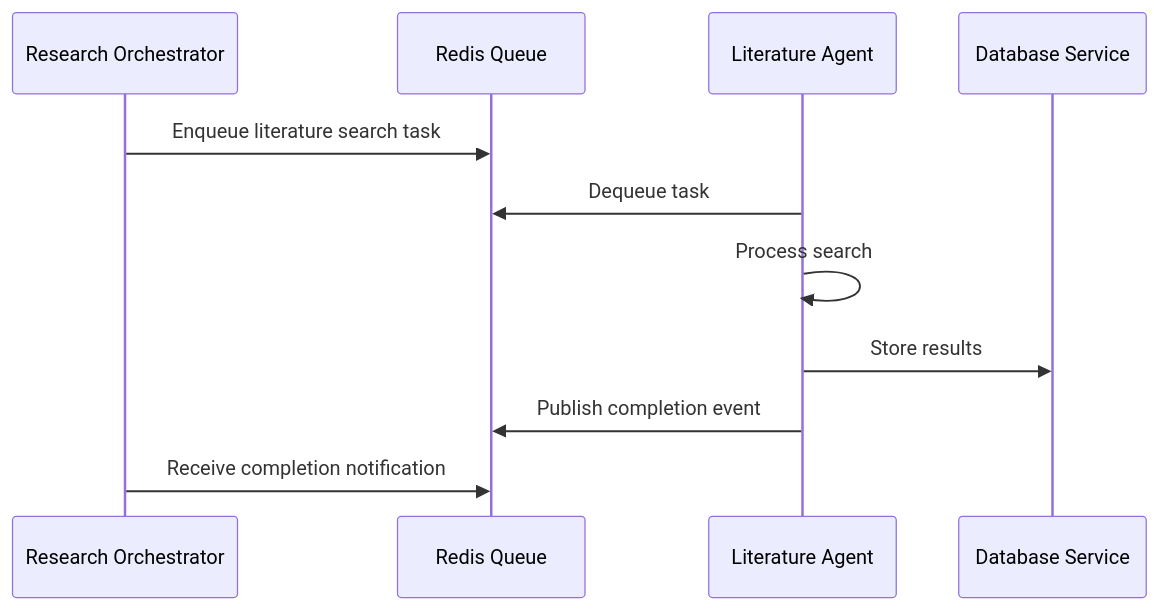
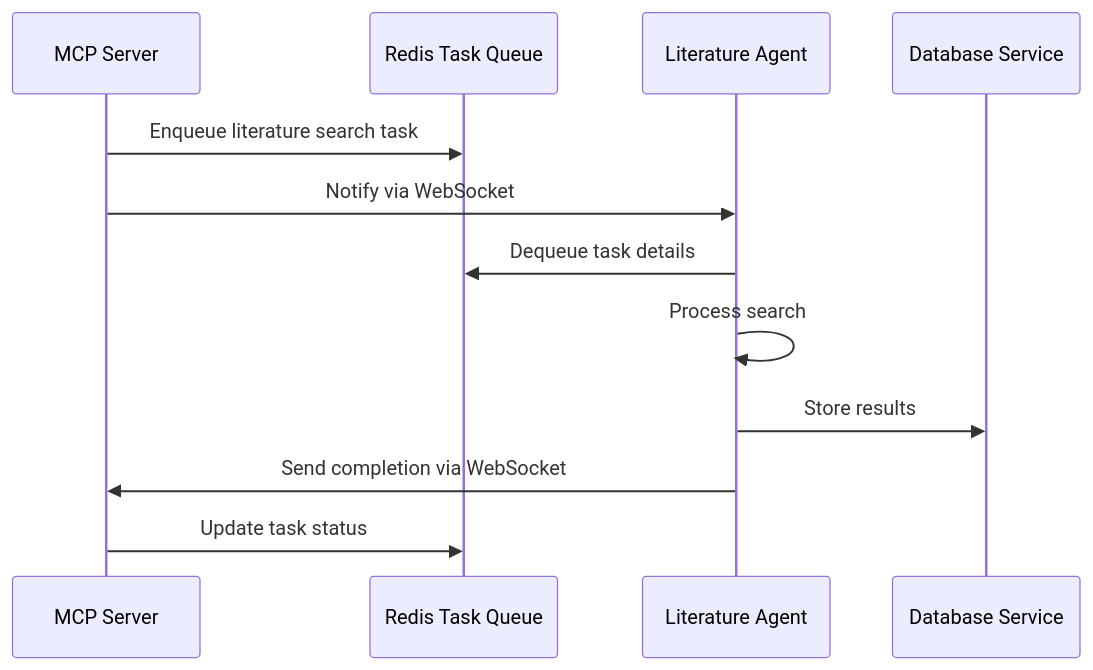
One commit to pzanna/Collaborate changed the third of 4 diagrams in docs/PHASE3_SERVICE_ARCHITECTURE.md. Above: the diagram before and after it, drawn with Mermaid. The commit also changed other lines of this file and 15 other files, not shown here.

First line of the commit message:
Refactor Phase 3 docs and add MCP server service

````diff
--- a/docs/PHASE3_SERVICE_ARCHITECTURE.md
+++ b/docs/PHASE3_SERVICE_ARCHITECTURE.md
@@ -464,14 +495,15 @@
 ```mermaid
 sequenceDiagram
-    participant Orchestrator as Research Orchestrator
-    participant Queue as Redis Queue
+    participant MCP as MCP Server
+    participant Queue as Redis Task Queue
     participant Literature as Literature Agent
     participant Database as Database Service
 
-    Orchestrator->>Queue: Enqueue literature search task
-    Literature->>Queue: Dequeue task
+    MCP->>Queue: Enqueue literature search task
+    MCP->>Literature: Notify via WebSocket
+    Literature->>Queue: Dequeue task details
     Literature->>Literature: Process search
     Literature->>Database: Store results
-    Literature->>Queue: Publish completion event
-    Orchestrator->>Queue: Receive completion notification
+    Literature->>MCP: Send completion via WebSocket
+    MCP->>Queue: Update task status
 ```
````
